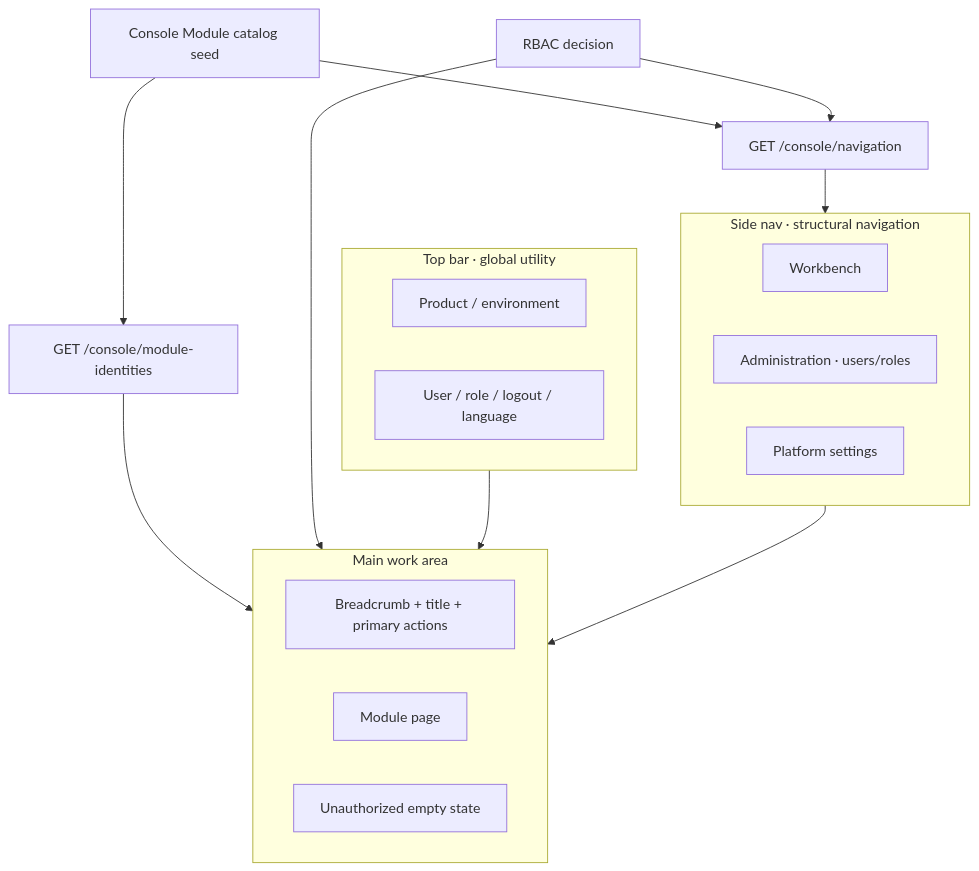
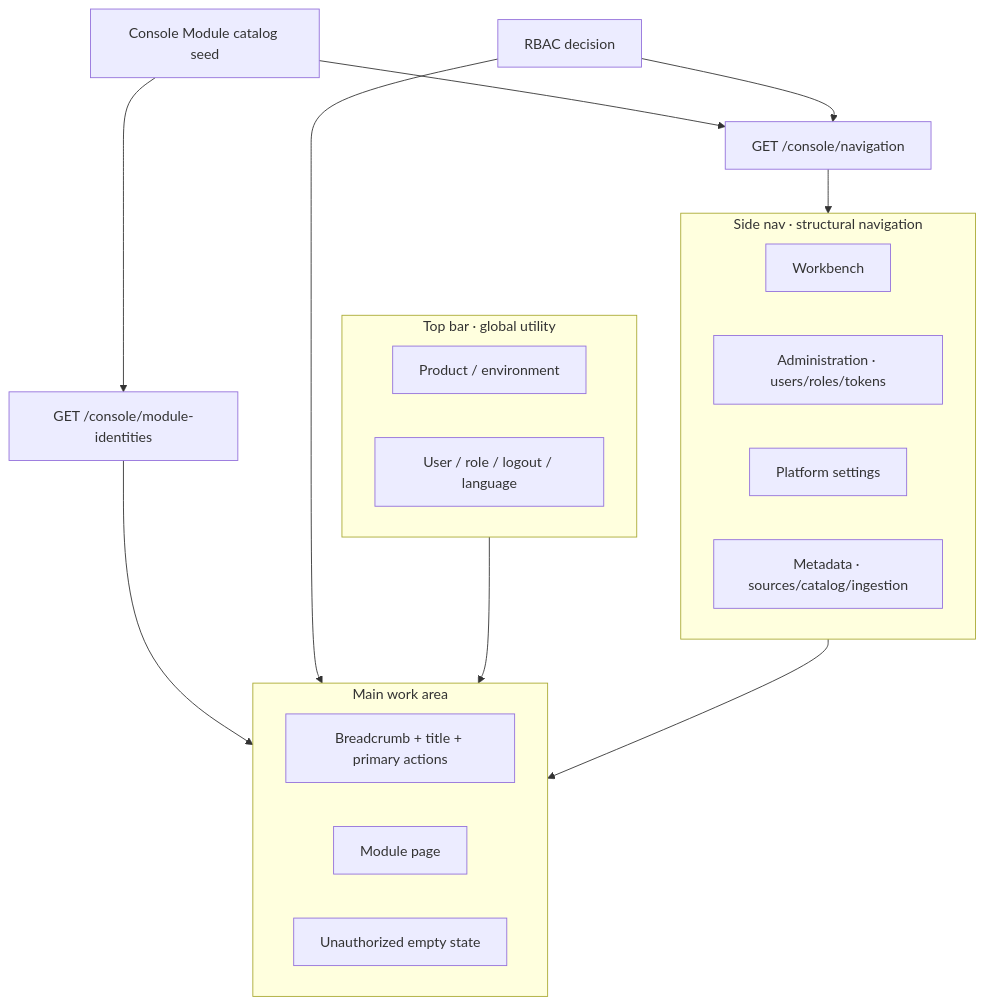
One commit to hughluang/refraq changed the diagram in docs/business-management-console.md. Above: the diagram before and after it, drawn with Mermaid. The commit also changed other lines of this file and 24 other files, not shown here.

````diff
--- a/docs/business-management-console.md
+++ b/docs/business-management-console.md
@@ -121,28 +136,29 @@
 ```mermaid
 flowchart TB
   subgraph TopBar["Top bar · global utility"]
     Brand["Product / environment"]
     UserMenu["User / role / logout / language"]
   end
 
   subgraph SideNav["Side nav · structural navigation"]
     G1["Workbench"]
-    G2["Administration · users/roles"]
+    G2["Administration · users/roles/tokens"]
     G3["Platform settings"]
+    G4["Metadata · sources/catalog/ingestion"]
   end
 
   subgraph Main["Main work area"]
     Chrome["Breadcrumb + title + primary actions"]
     Body["Module page"]
     Empty["Unauthorized empty state"]
   end
 
   Catalog["Console Module catalog seed"] --> NavAPI["GET /console/navigation"]
   Catalog --> IdAPI["GET /console/module-identities"]
   RBAC["RBAC decision"] --> NavAPI
   NavAPI --> SideNav
   IdAPI --> Main
   RBAC --> Main
   TopBar --> Main
   SideNav --> Main
 ```
````
